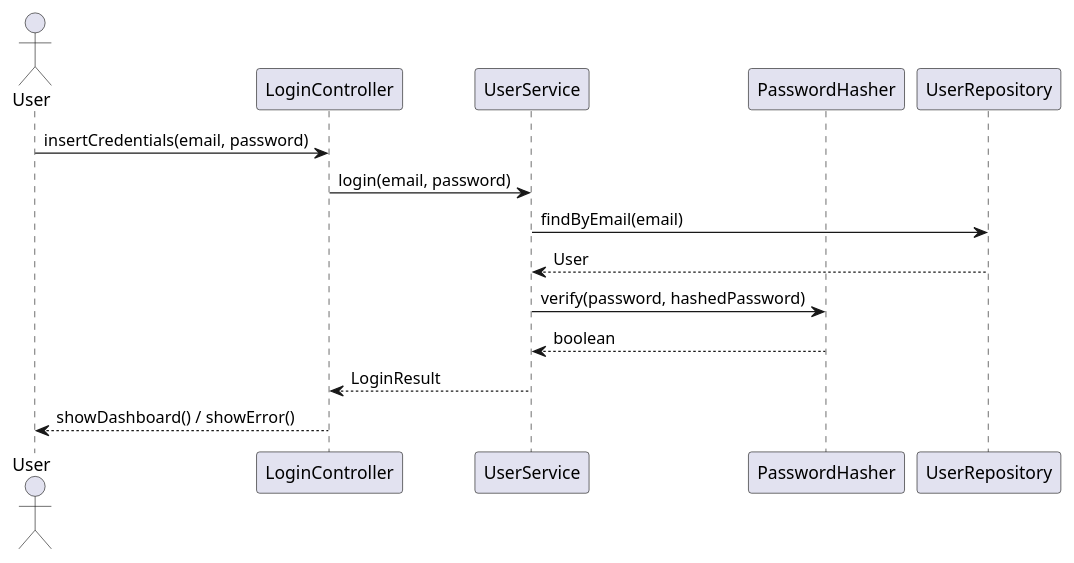
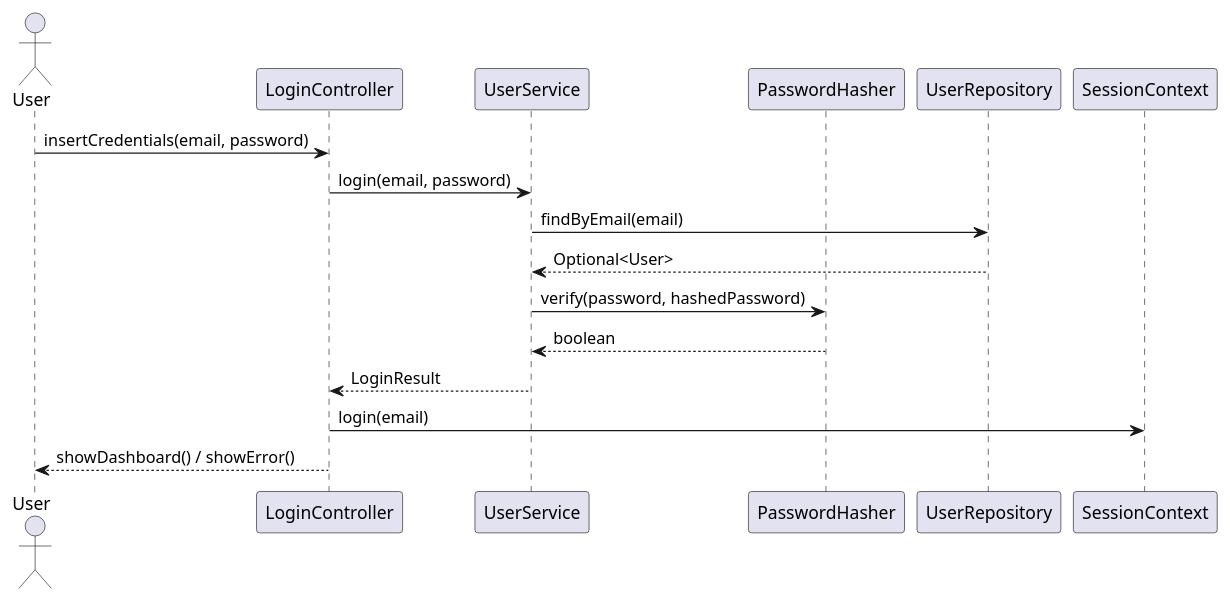
Before and after one commit to DaniaCiampalini/SafeCoreProject: the second of 3 diagrams in README.it.md, drawn with PlantUML. The commit also changed other lines of this file and 1 other file, not shown here.

````diff
--- a/README.it.md
+++ b/README.it.md
@@ -241,18 +271,20 @@
 ```plantuml
 @startuml
 actor User
 participant LoginController
 participant UserService
 participant PasswordHasher
 participant UserRepository
+participant SessionContext
 
 User -> LoginController: insertCredentials(email, password)
 LoginController -> UserService: login(email, password)
 UserService -> UserRepository: findByEmail(email)
-UserRepository --> UserService: User
+UserRepository --> UserService: Optional<User>
 UserService -> PasswordHasher: verify(password, hashedPassword)
 PasswordHasher --> UserService: boolean
 UserService --> LoginController: LoginResult
+LoginController -> SessionContext: login(email)
 LoginController --> User: showDashboard() / showError()
 @enduml
 ```
````
